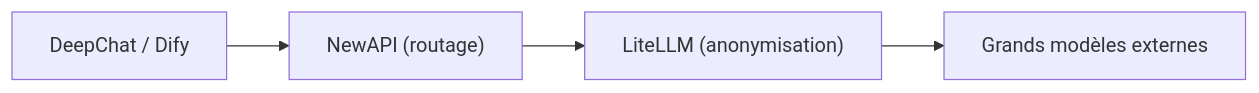
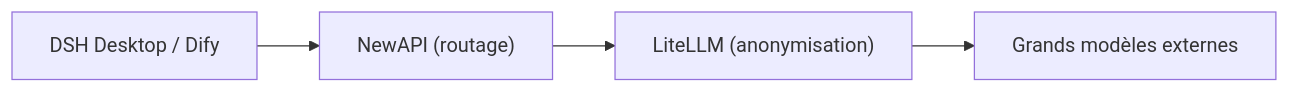
Before and after one commit to sdlyxianchao/AIAllInOne: the diagram in docs/i18n/admin-manual-fr/ch01-overview.md, drawn with Mermaid. The commit also changed other lines of this file and 306 other files, not shown here.

````diff
--- a/docs/i18n/admin-manual-fr/ch01-overview.md
+++ b/docs/i18n/admin-manual-fr/ch01-overview.md
@@ -71,6 +71,6 @@
 ```mermaid
 flowchart LR
-    A["DeepChat / Dify"] --> B["NewAPI (routage)"]
+    A["DSH Desktop / Dify"] --> B["NewAPI (routage)"]
     B["NewAPI (routage)"] --> C["LiteLLM (anonymisation)"]
     C["LiteLLM (anonymisation)"] --> D["Grands modèles externes"]
 ```
````
